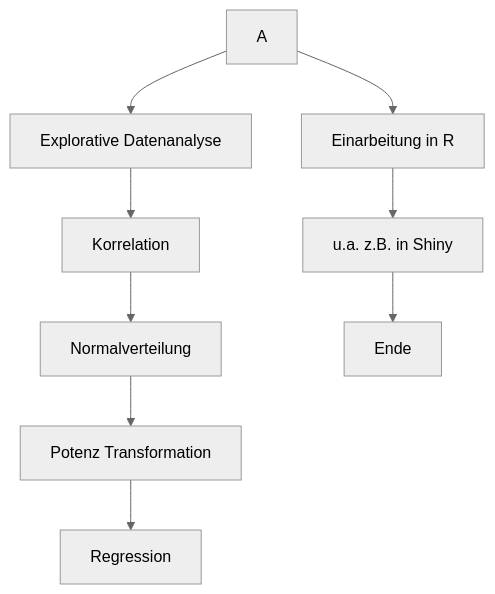
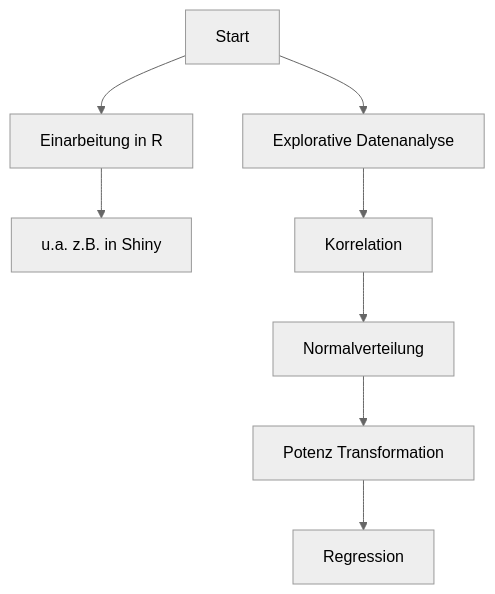
The diagram in R/fazit.mmd (dmpe/SemesterProject), drawn with Mermaid (neutral theme) before and after one commit. The commit also changed 1 other file, not shown here.

```diff
--- a/R/fazit.mmd
+++ b/R/fazit.mmd
@@ -1,9 +1,8 @@
 graph TD
-  A-->B[Einarbeitung in R]
+  A[Start]-->B[Einarbeitung in R]
   B-->H[u.a.  z.B. in Shiny]
   A-->C[Explorative Datenanalyse]
   C-->D[Korrelation]
   D-->E[Normalverteilung]
   E-->F[Potenz Transformation]
   F-->G[Regression]
-  H-->I[Ende]
```
